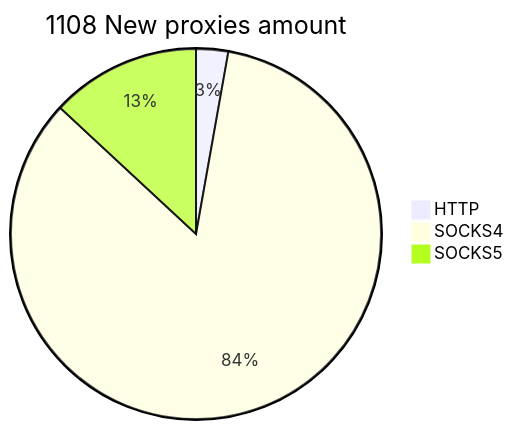
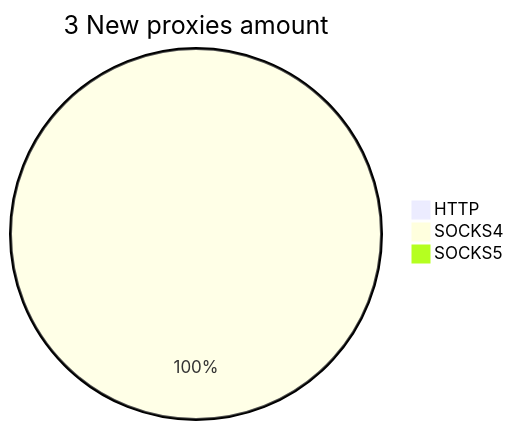
The second of 2 diagrams in README.md (cutipu/proxylist), drawn with Mermaid before and after one commit. The commit also changed other lines of this file, not shown here.

````diff
--- a/README.md
+++ b/README.md
@@ -10,6 +10,6 @@
 ```mermaid
-pie title 1108 New proxies amount
-    "HTTP" : 31
-    "SOCKS4" : 932
-    "SOCKS5" : 145
+pie title 3 New proxies amount
+    "HTTP" : 0
+    "SOCKS4" : 4
+    "SOCKS5" : 0
 ```
````
